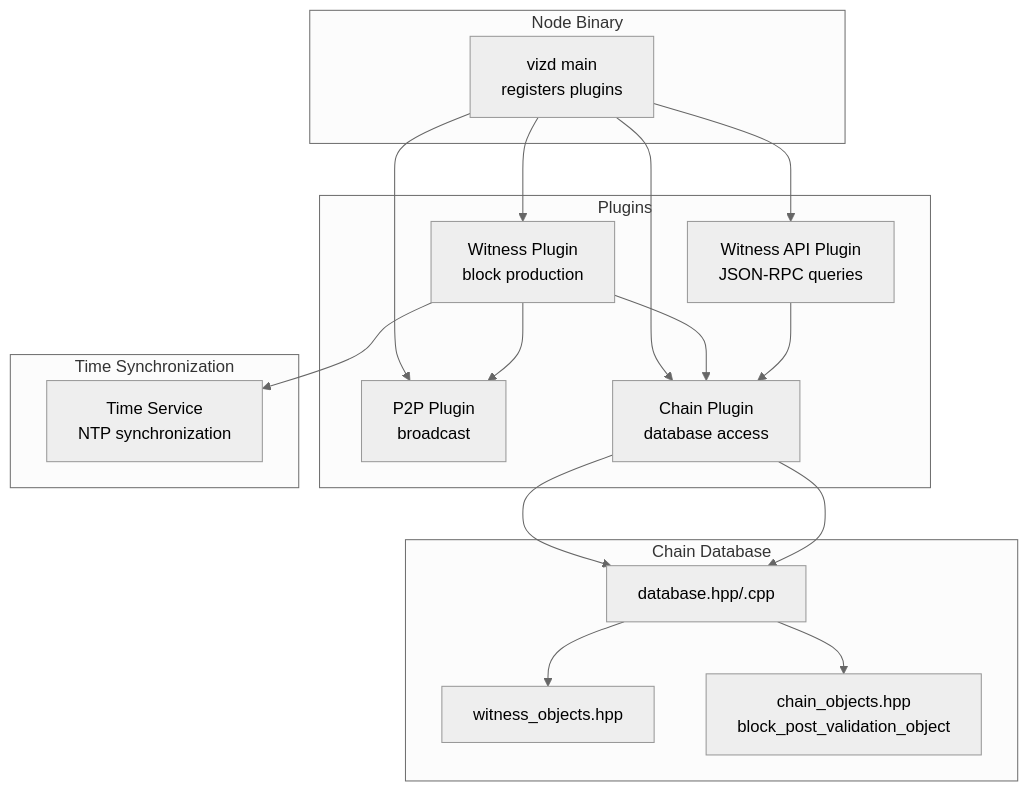
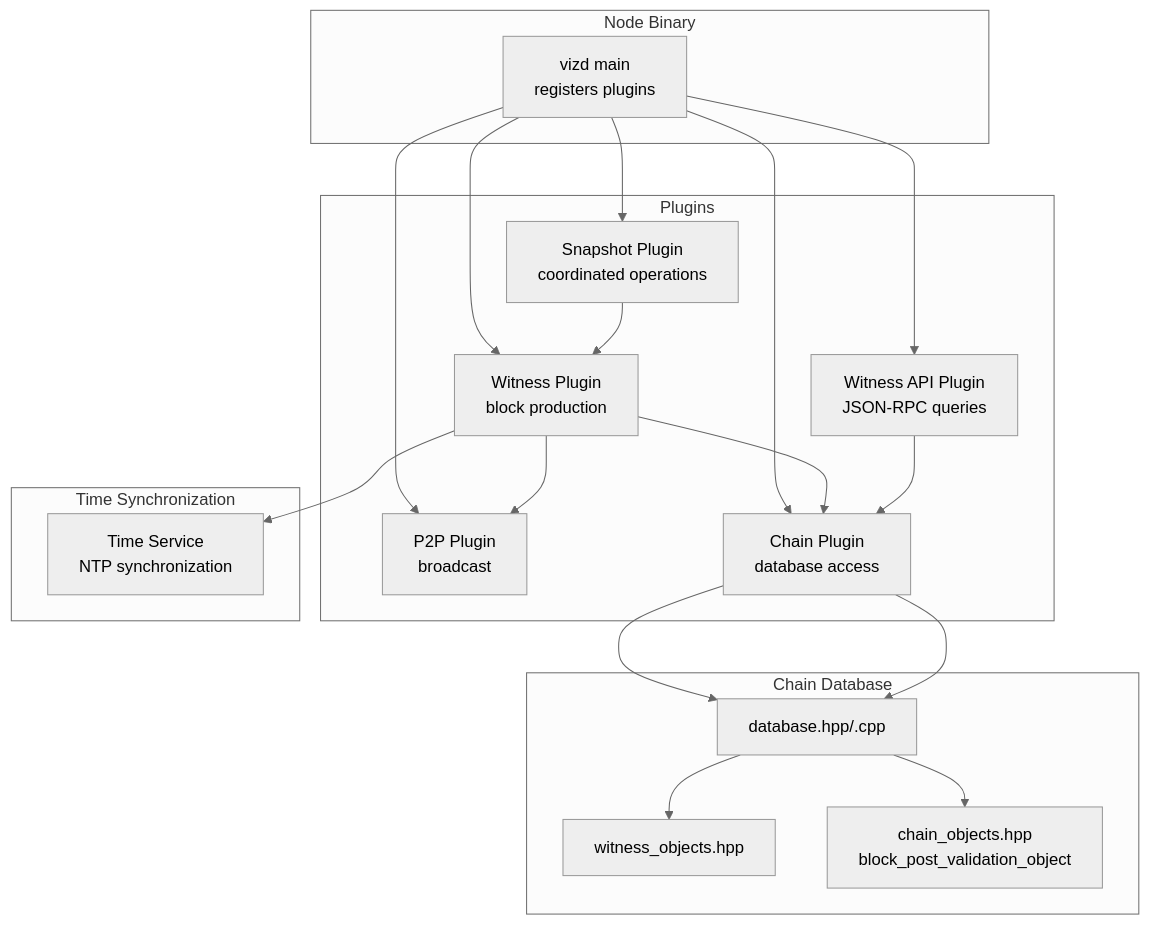
Before and after one commit to VIZ-Blockchain/viz-cpp-node: the first of 6 diagrams in .qoder/repowiki/en/content/Witness.md, drawn with Mermaid (neutral theme). The commit also changed other lines of this file and 4 other files, not shown here.

````diff
--- a/.qoder/repowiki/en/content/Witness.md
+++ b/.qoder/repowiki/en/content/Witness.md
@@ -48,32 +50,35 @@
 ```mermaid
 graph TB
 subgraph "Node Binary"
 VIZD["vizd main<br/>registers plugins"]
 end
 subgraph "Plugins"
 WITNESS["Witness Plugin<br/>block production"]
 WAPI["Witness API Plugin<br/>JSON-RPC queries"]
+SNAPSHOT["Snapshot Plugin<br/>coordinated operations"]
 P2P["P2P Plugin<br/>broadcast"]
 CHAIN["Chain Plugin<br/>database access"]
 end
 subgraph "Chain Database"
 DB["database.hpp/.cpp"]
 WITNESS_OBJ["witness_objects.hpp"]
 BPV_OBJ["chain_objects.hpp<br/>block_post_validation_object"]
 end
 subgraph "Time Synchronization"
 TIME["Time Service<br/>NTP synchronization"]
 end
 VIZD --> WITNESS
 VIZD --> WAPI
+VIZD --> SNAPSHOT
 VIZD --> P2P
 VIZD --> CHAIN
 WITNESS --> P2P
 WITNESS --> CHAIN
 WITNESS --> TIME
 CHAIN --> DB
 DB --> WITNESS_OBJ
 DB --> BPV_OBJ
 WAPI --> CHAIN
 CHAIN --> DB
+SNAPSHOT --> WITNESS
 ```
````
